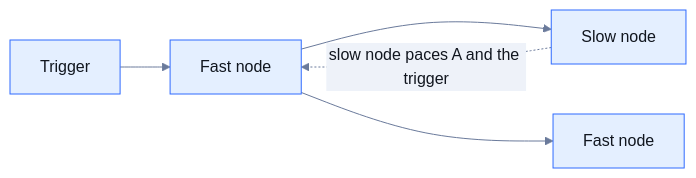
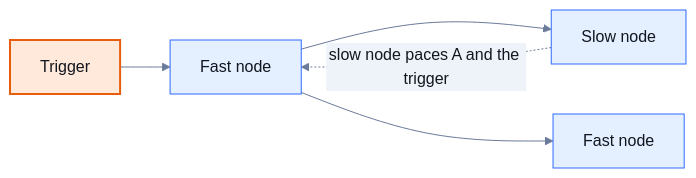
Before and after one commit to infenia/yukta: the diagram in docs/concepts/delivery-and-backpressure.mdx, drawn with Mermaid. The commit also changed 13 other files, not shown here.

````diff
--- a/docs/concepts/delivery-and-backpressure.mdx
+++ b/docs/concepts/delivery-and-backpressure.mdx
@@ -31,8 +31,10 @@
 ```mermaid
 %%{init: {'theme':'base','themeVariables':{'primaryColor':'#E4EFFF','primaryBorderColor':'#2F6BFF','primaryTextColor':'#11161F','secondaryColor':'#EEF2F9','tertiaryColor':'#FBFCFE','lineColor':'#6A7A9B','fontFamily':'Inter, sans-serif'}}}%%
 flowchart LR
   T["Trigger"] --> A["Fast node"]
   A --> B["Slow node"]
   A --> C["Fast node"]
   B -. "slow node paces A and the trigger" .-> A
+  classDef trigger fill:#FFE9DB,stroke:#E85D0C,stroke-width:2px,color:#11161F
+  class T trigger
 ```
````
